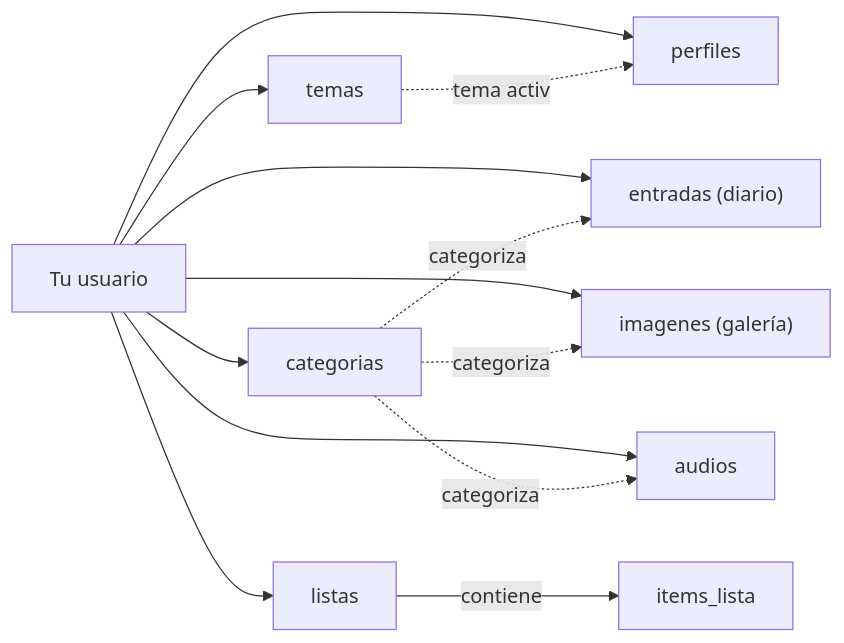
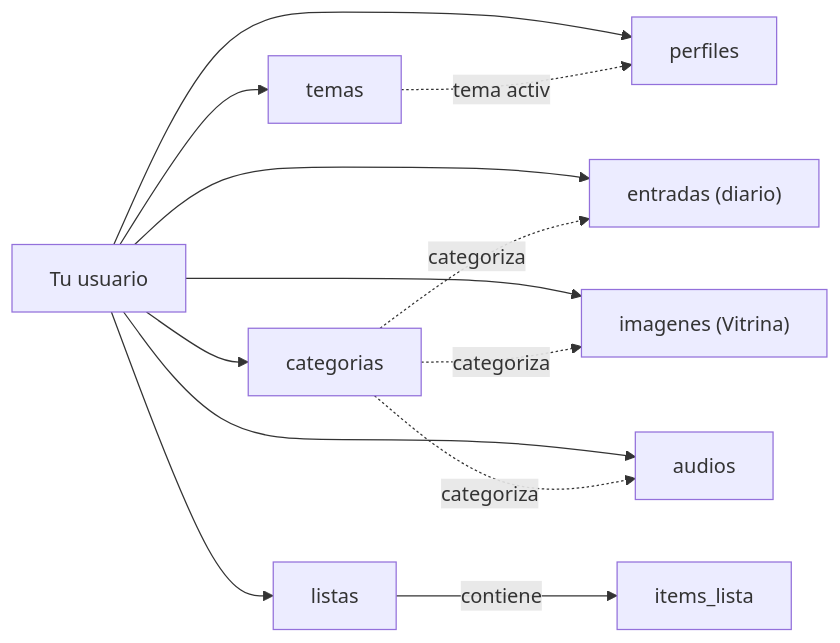
One commit to Made1214/Cuarto-Propio changed the diagram in docs/base-de-datos.md. Above: the diagram before and after it, drawn with Mermaid. The commit also changed other lines of this file and 2 other files, not shown here.

Commit message:
docs: reflejar Listas, Vitrina, Audio, Perfil y la base de temas

````diff
--- a/docs/base-de-datos.md
+++ b/docs/base-de-datos.md
@@ -23,25 +23,25 @@
 ```mermaid
 flowchart LR
   usuario["Tu usuario"]
   perfiles["perfiles"]
   categorias["categorias"]
   entradas["entradas (diario)"]
   listas["listas"]
   items["items_lista"]
-  imagenes["imagenes (galería)"]
+  imagenes["imagenes (Vitrina)"]
   audios["audios"]
   temas["temas"]
 
   usuario --> perfiles
   usuario --> categorias
   usuario --> entradas
   usuario --> listas
   usuario --> imagenes
   usuario --> audios
   usuario --> temas
   categorias -.categoriza.-> entradas
   categorias -.categoriza.-> imagenes
   categorias -.categoriza.-> audios
   listas --contiene--> items
   temas -.tema activo.-> perfiles
 ```
````
